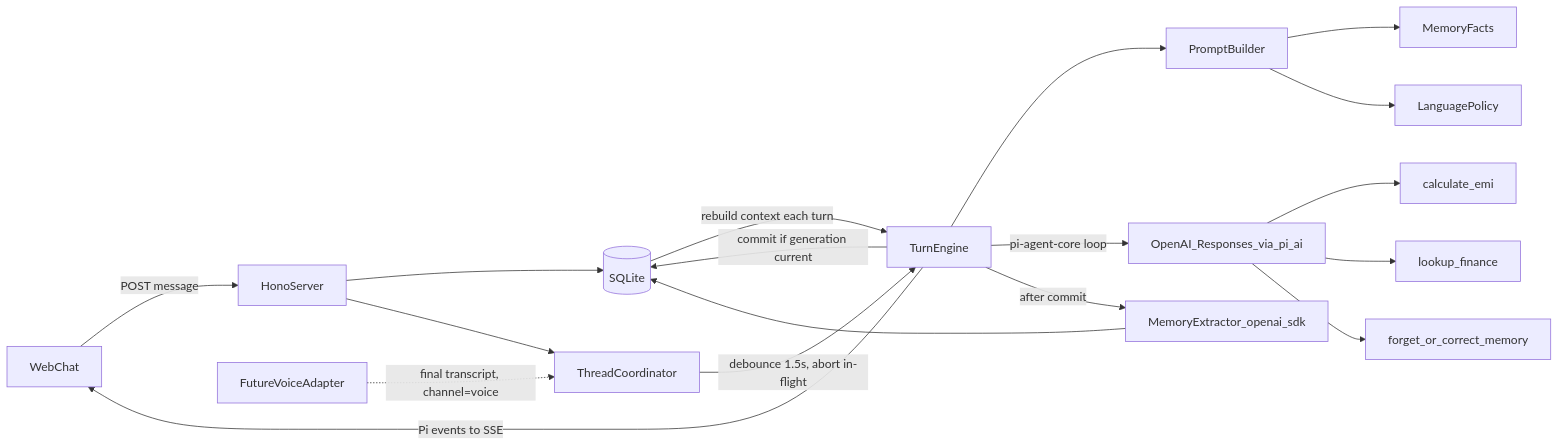
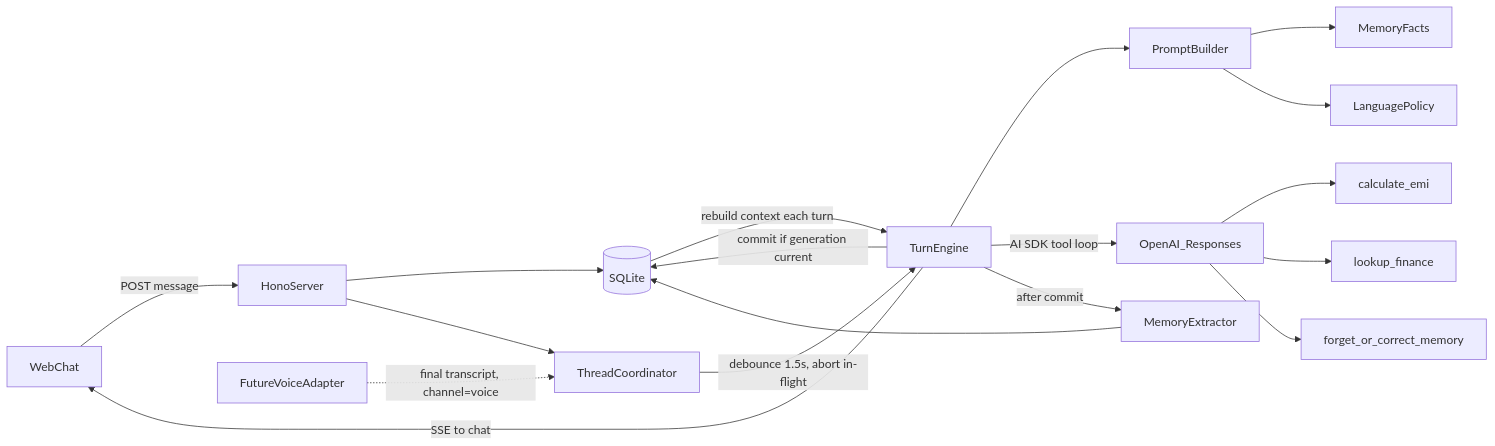
The diagram in docs/v1-plan.md (fizy069/sara-agent), drawn with Mermaid before and after one commit. The commit also changed other lines of this file and 19 other files, not shown here.

````diff
--- a/docs/v1-plan.md
+++ b/docs/v1-plan.md
@@ -23,20 +21,20 @@
 ```mermaid
 flowchart LR
     UI[WebChat] -->|"POST message"| API[HonoServer]
     API --> Store[(SQLite)]
     API --> Coord[ThreadCoordinator]
     Coord -->|"debounce 1.5s, abort in-flight"| Engine[TurnEngine]
     Store -->|"rebuild context each turn"| Engine
     Engine --> Prompt[PromptBuilder]
     Prompt --> Mem[MemoryFacts]
     Prompt --> Lang[LanguagePolicy]
-    Engine -->|"pi-agent-core loop"| LLM[OpenAI_Responses_via_pi_ai]
+    Engine -->|"AI SDK tool loop"| LLM[OpenAI_Responses]
     LLM --> EMI[calculate_emi]
     LLM --> KB[lookup_finance]
     LLM --> Forget[forget_or_correct_memory]
-    Engine -->|"Pi events to SSE"| UI
+    Engine -->|"SSE to chat"| UI
     Engine -->|"commit if generation current"| Store
-    Engine -->|"after commit"| Extract[MemoryExtractor_openai_sdk]
+    Engine -->|"after commit"| Extract[MemoryExtractor]
     Extract --> Store
     Voice[FutureVoiceAdapter] -.->|"final transcript, channel=voice"| Coord
 ```
````
